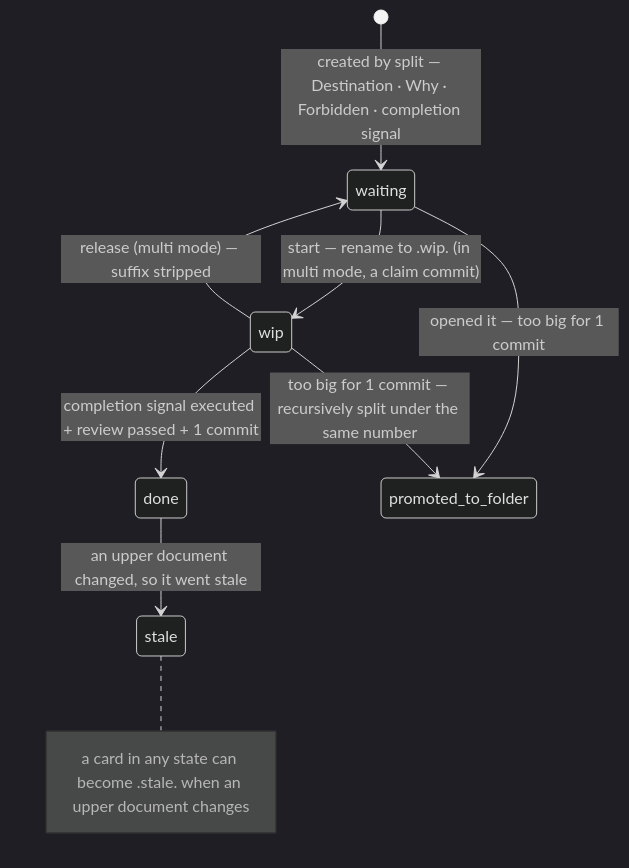
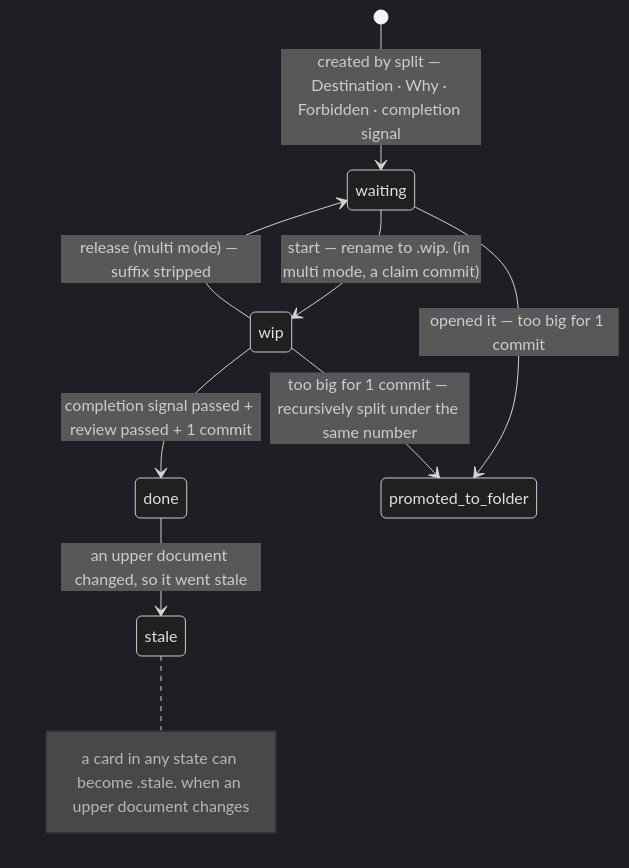
The second of 4 diagrams in README.md (nanomia-ai/devflow), drawn with Mermaid (dark theme) before and after one commit. The commit also changed other lines of this file and 12 other files, not shown here.

````diff
--- a/README.md
+++ b/README.md
@@ -104,11 +102,11 @@
 ```mermaid
 stateDiagram-v2
     [*] --> waiting: created by split — Destination · Why · Forbidden · completion signal
     waiting --> wip: start — rename to .wip. (in multi mode, a claim commit)
     wip --> waiting: release (multi mode) — suffix stripped
-    wip --> done: completion signal executed + review passed + 1 commit
+    wip --> done: completion signal passed + review passed + 1 commit
     waiting --> promoted_to_folder: opened it — too big for 1 commit
     wip --> promoted_to_folder: too big for 1 commit — recursively split under the same number
     done --> stale: an upper document changed, so it went stale
     note right of stale : a card in any state can become .stale. when an upper document changes
 ```
````
